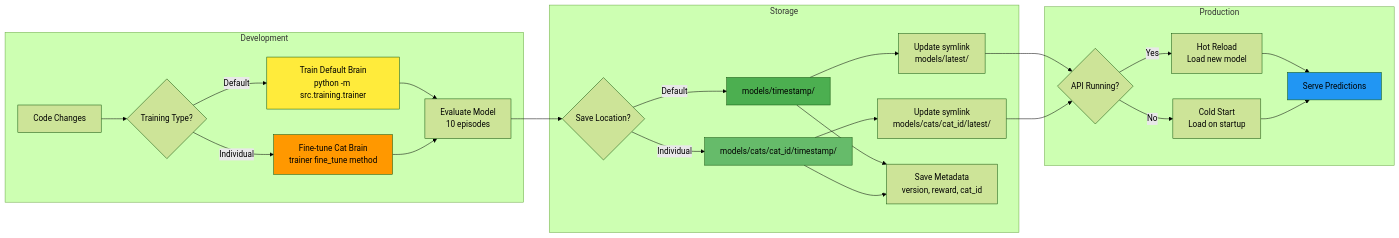
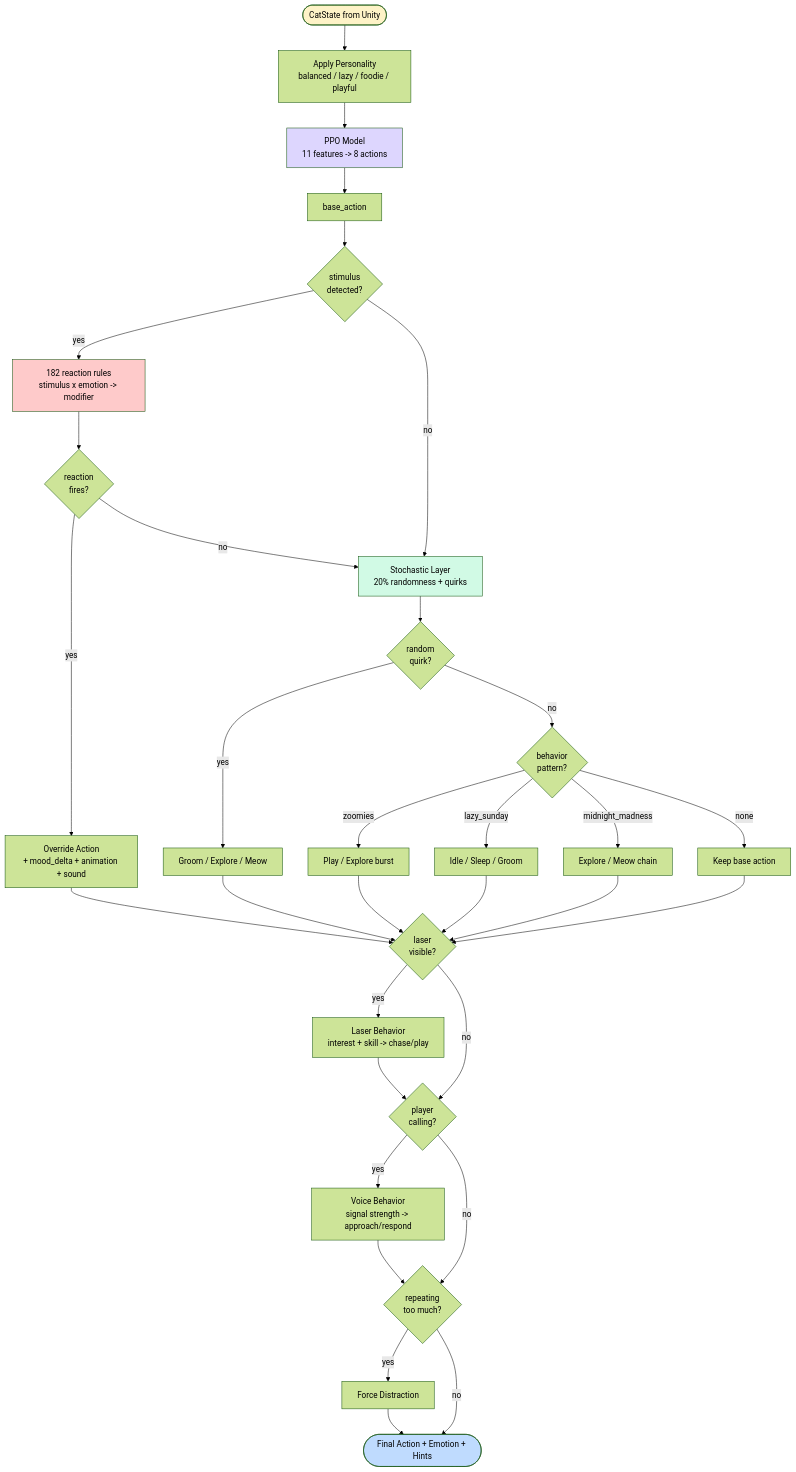
One commit to tantaneity/cat-brain-service changed the fourth of 6 diagrams in README.md. Above: the diagram before and after it, drawn with Mermaid (forest theme). The commit also changed other lines of this file, not shown here.

Commit message:
docs(readme): update architecture diagrams to match actual codebase

````diff
--- a/README.md
+++ b/README.md
@@ -220,33 +194,48 @@
 ```mermaid
-flowchart LR
-    subgraph Development
-        CODE[Code Changes] --> CHOOSE{Training Type?}
-        CHOOSE -->|Default| TRAIN_DEFAULT["Train Default Brain<br/>python -m src.training.trainer"]
-        CHOOSE -->|Individual| TRAIN_CAT["Fine-tune Cat Brain<br/>trainer fine_tune method"]
-        TRAIN_DEFAULT --> EVAL[Evaluate Model<br/>10 episodes]
-        TRAIN_CAT --> EVAL
-    end
-    
-    subgraph Storage
-        EVAL --> SAVE{Save Location?}
-        SAVE -->|Default| SAVE_DEFAULT["models/timestamp/"]
-        SAVE -->|Individual| SAVE_CAT["models/cats/cat_id/timestamp/"]
-        SAVE_DEFAULT --> SYMLINK_DEFAULT["Update symlink<br/>models/latest/"]
-        SAVE_CAT --> SYMLINK_CAT["Update symlink<br/>models/cats/cat_id/latest/"]
-        SAVE_DEFAULT & SAVE_CAT --> META[Save Metadata<br/>version, reward, cat_id]
-    end
-    
-    subgraph Production
-        SYMLINK_DEFAULT & SYMLINK_CAT --> RELOAD{API Running?}
-        RELOAD -->|Yes| HOT[Hot Reload<br/>Load new model]
-        RELOAD -->|No| COLD[Cold Start<br/>Load on startup]
-        HOT --> SERVE[Serve Predictions]
-        COLD --> SERVE
-    end
-    
-    style TRAIN_DEFAULT fill:#ffeb3b
-    style TRAIN_CAT fill:#ff9800
-    style SAVE_DEFAULT fill:#4caf50
-    style SAVE_CAT fill:#66bb6a
-    style SERVE fill:#2196f3
+flowchart TD
+    STATE([CatState from Unity]) --> PERSONALITY
+
+    PERSONALITY[Apply Personality<br/>balanced / lazy / foodie / playful] --> MODEL
+    MODEL[PPO Model<br/>11 features -> 8 actions] --> BASE
+
+    BASE[base_action] --> STIMULUS{stimulus<br/>detected?}
+
+    STIMULUS -->|yes| RULES[182 reaction rules<br/>stimulus x emotion -> modifier]
+    STIMULUS -->|no| NOISE[Stochastic Layer<br/>20% randomness + quirks]
+
+    RULES --> OVERRIDE{reaction<br/>fires?}
+    OVERRIDE -->|yes| REACTION_ACTION[Override Action<br/>+ mood_delta + animation + sound]
+    OVERRIDE -->|no| NOISE
+
+    NOISE --> QUIRK{random<br/>quirk?}
+    QUIRK -->|yes| QUIRK_ACTION[Groom / Explore / Meow]
+    QUIRK -->|no| PATTERN{behavior<br/>pattern?}
+
+    PATTERN -->|zoomies| ZOOMIES[Play / Explore burst]
+    PATTERN -->|lazy_sunday| LAZY[Idle / Sleep / Groom]
+    PATTERN -->|midnight_madness| MIDNIGHT[Explore / Meow chain]
+    PATTERN -->|none| PASS[Keep base action]
+
+    REACTION_ACTION & QUIRK_ACTION & ZOOMIES & LAZY & MIDNIGHT & PASS --> LASER{laser<br/>visible?}
+
+    LASER -->|yes| LASER_LEARN[Laser Behavior<br/>interest + skill -> chase/play]
+    LASER -->|no| VOICE{player<br/>calling?}
+
+    LASER_LEARN --> VOICE
+
+    VOICE -->|yes| VOICE_LEARN[Voice Behavior<br/>signal strength -> approach/respond]
+    VOICE -->|no| REPETITION
+
+    VOICE_LEARN --> REPETITION
+
+    REPETITION{repeating<br/>too much?} -->|yes| DISTRACT[Force Distraction]
+    REPETITION -->|no| FINAL
+
+    DISTRACT --> FINAL([Final Action + Emotion + Hints])
+
+    style STATE fill:#fef3c7
+    style MODEL fill:#ddd6fe
+    style RULES fill:#fecaca
+    style NOISE fill:#d1fae5
+    style FINAL fill:#bfdbfe
 ```
````
